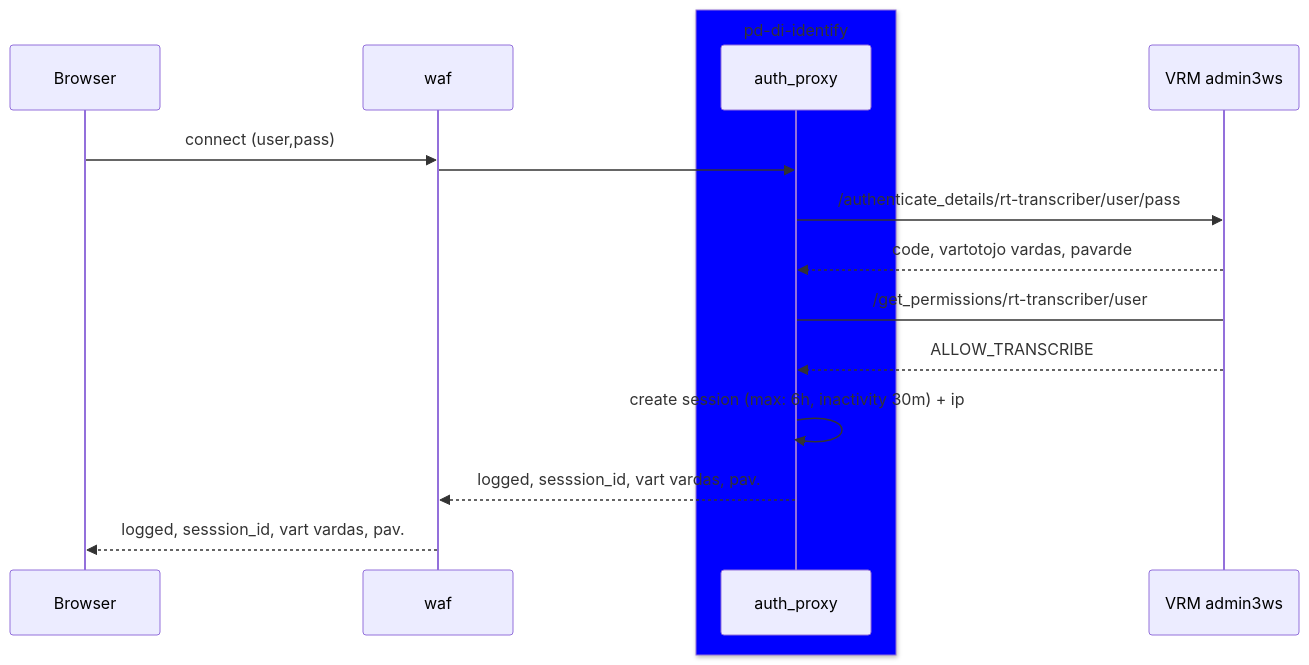
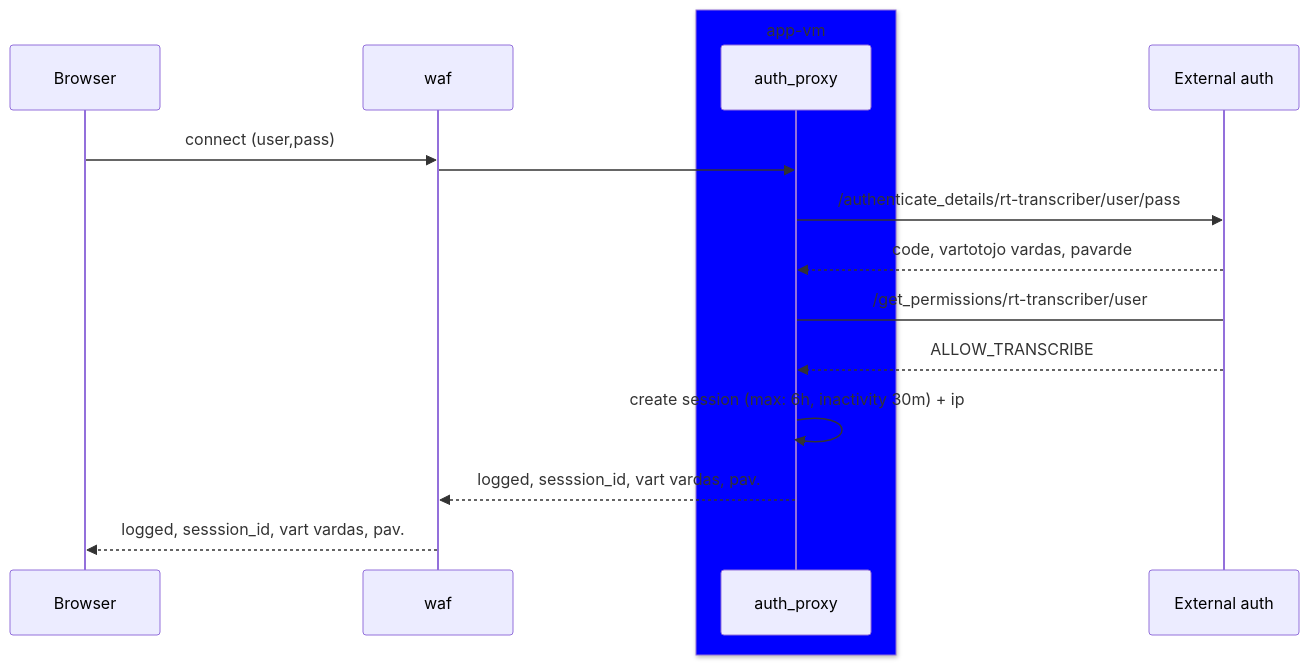
The first of 2 diagrams in docs/schema.md (airenas/speech-to-data), drawn with Mermaid before and after one commit. The commit also changed other lines of this file and 14 other files, not shown here.

````diff
--- a/docs/schema.md
+++ b/docs/schema.md
@@ -5,23 +5,23 @@
 ```mermaid
 sequenceDiagram
     participant user as Browser
     participant waf
-    box blue pd-di-identify
+    box blue app-vm
     participant auth_proxy
 %%    participant redis
     end
-    participant auth as VRM admin3ws
+    participant auth as External auth
     
     user->>waf: connect (user,pass)
     waf->>auth_proxy: 
     auth_proxy->> auth: /authenticate_details/rt-transcriber/user/pass
     auth -->> auth_proxy: code, vartotojo vardas, pavarde
     auth_proxy-> auth: /get_permissions/rt-transcriber/user
     auth -->> auth_proxy: ALLOW_TRANSCRIBE
     auth_proxy->> auth_proxy: create session (max: 6h, inactivity 30m) + ip
 %%    auth_proxy->> redis: store encrypted data (key: ip + session_id)
 %%    redis --> auth_proxy: 
     auth_proxy -->> waf: logged, sesssion_id, vart vardas, pav.
     waf -->> user: logged, sesssion_id, vart vardas, pav.
 
 ```    
````
